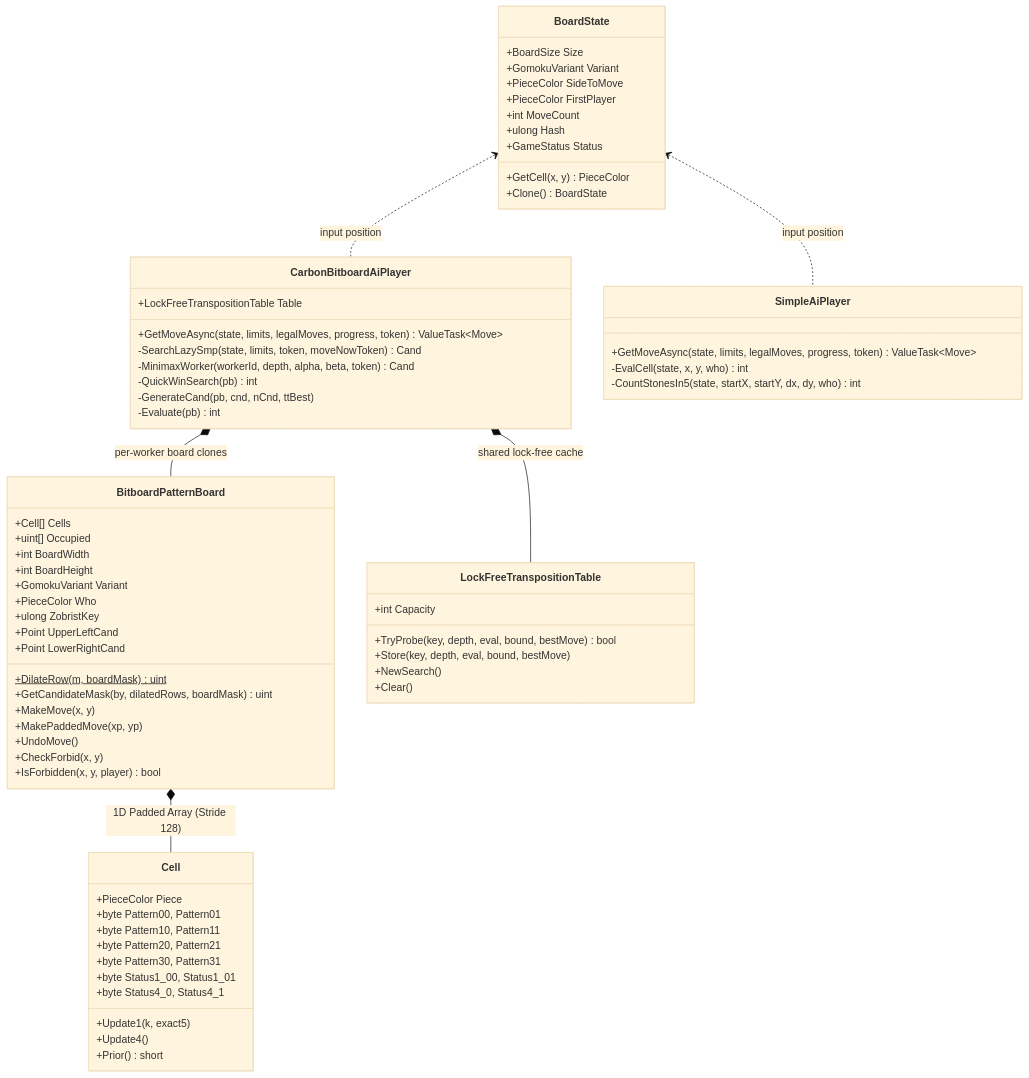
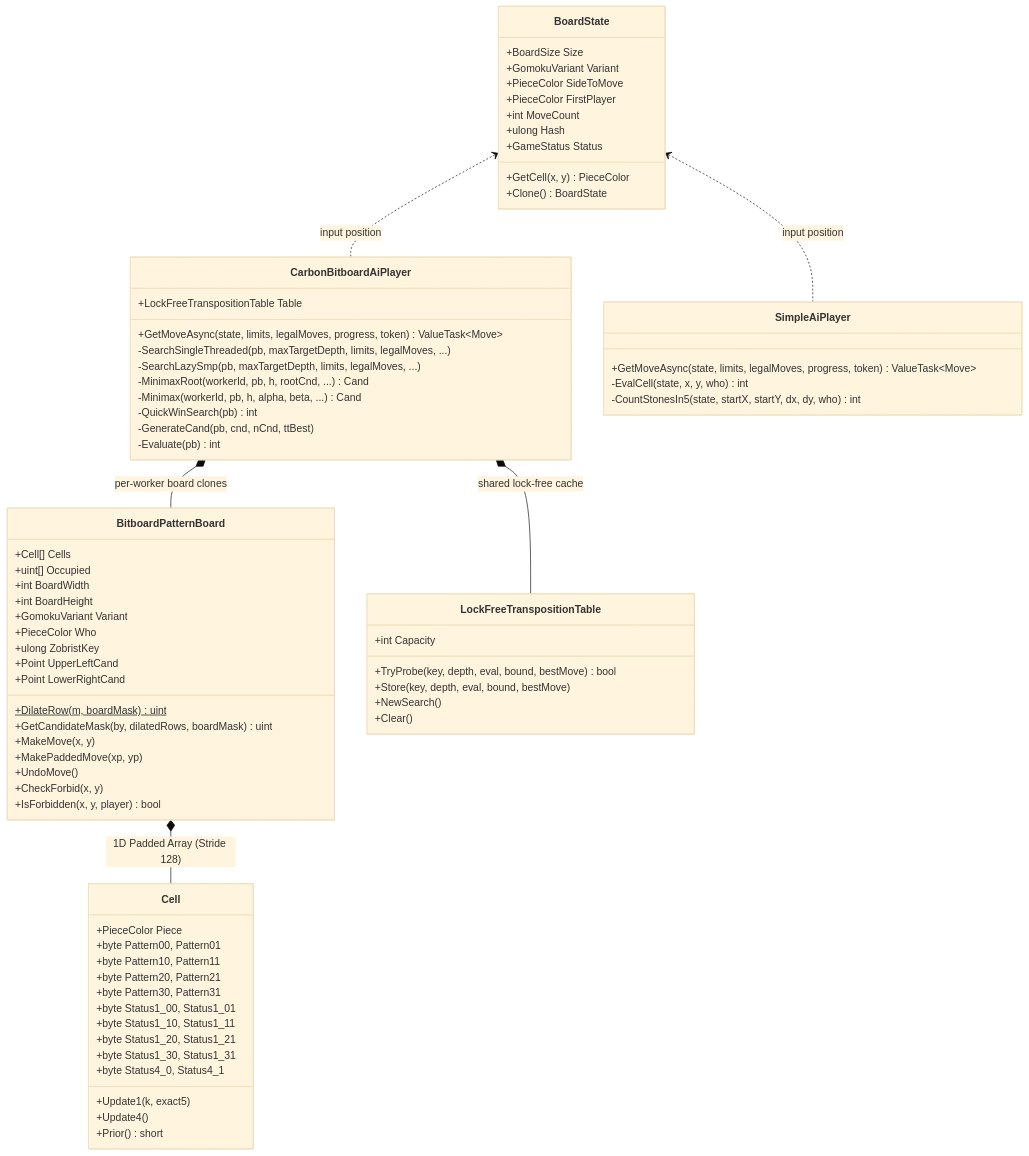
Before and after one commit to cjp-dev/Gomoku: the second of 4 diagrams in docs/brain/01-overview.md, drawn with Mermaid (base theme). The commit also changed other lines of this file and 26 other files, not shown here.

````diff
--- a/docs/brain/01-overview.md
+++ b/docs/brain/01-overview.md
@@ -59,76 +61,81 @@
 ```mermaid
 classDiagram
     class BoardState {
         +BoardSize Size
         +GomokuVariant Variant
         +PieceColor SideToMove
         +PieceColor FirstPlayer
         +int MoveCount
         +ulong Hash
         +GameStatus Status
         +GetCell(x, y) PieceColor
         +Clone() BoardState
     }
 
     class BitboardPatternBoard {
         +Cell[] Cells
         +uint[] Occupied
         +int BoardWidth
         +int BoardHeight
         +GomokuVariant Variant
         +PieceColor Who
         +ulong ZobristKey
         +Point UpperLeftCand
         +Point LowerRightCand
         +DilateRow(m, boardMask)$ uint
         +GetCandidateMask(by, dilatedRows, boardMask) uint
         +MakeMove(x, y)
         +MakePaddedMove(xp, yp)
         +UndoMove()
         +CheckForbid(x, y)
         +IsForbidden(x, y, player) bool
     }
 
     class Cell {
         +PieceColor Piece
         +byte Pattern00, Pattern01
         +byte Pattern10, Pattern11
         +byte Pattern20, Pattern21
         +byte Pattern30, Pattern31
         +byte Status1_00, Status1_01
+        +byte Status1_10, Status1_11
+        +byte Status1_20, Status1_21
+        +byte Status1_30, Status1_31
         +byte Status4_0, Status4_1
         +Update1(k, exact5)
         +Update4()
         +Prior() short
     }
 
     class CarbonBitboardAiPlayer {
         +LockFreeTranspositionTable Table
         +GetMoveAsync(state, limits, legalMoves, progress, token) ValueTask~Move~
-        -SearchLazySmp(state, limits, token, moveNowToken) Cand
-        -MinimaxWorker(workerId, depth, alpha, beta, token) Cand
+        -SearchSingleThreaded(pb, maxTargetDepth, limits, legalMoves, ...)
+        -SearchLazySmp(pb, maxTargetDepth, limits, legalMoves, ...)
+        -MinimaxRoot(workerId, pb, h, rootCnd, ...) Cand
+        -Minimax(workerId, pb, h, alpha, beta, ...) Cand
         -QuickWinSearch(pb) int
         -GenerateCand(pb, cnd, nCnd, ttBest)
         -Evaluate(pb) int
     }
 
     class SimpleAiPlayer {
         +GetMoveAsync(state, limits, legalMoves, progress, token) ValueTask~Move~
         -EvalCell(state, x, y, who) int
         -CountStonesIn5(state, startX, startY, dx, dy, who) int
     }
 
     class LockFreeTranspositionTable {
         +int Capacity
         +TryProbe(key, depth, eval, bound, bestMove) bool
         +Store(key, depth, eval, bound, bestMove)
         +NewSearch()
         +Clear()
     }
 
     BitboardPatternBoard *-- Cell : 1D Padded Array (Stride 128)
     CarbonBitboardAiPlayer *-- BitboardPatternBoard : per-worker board clones
     CarbonBitboardAiPlayer *-- LockFreeTranspositionTable : shared lock-free cache
     BoardState <.. CarbonBitboardAiPlayer : input position
     BoardState <.. SimpleAiPlayer : input position
 ```
````
